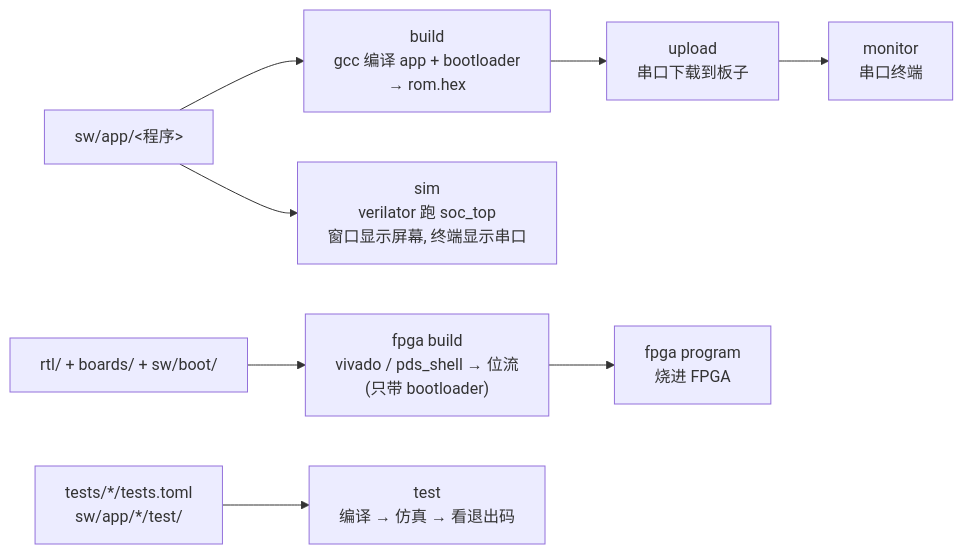
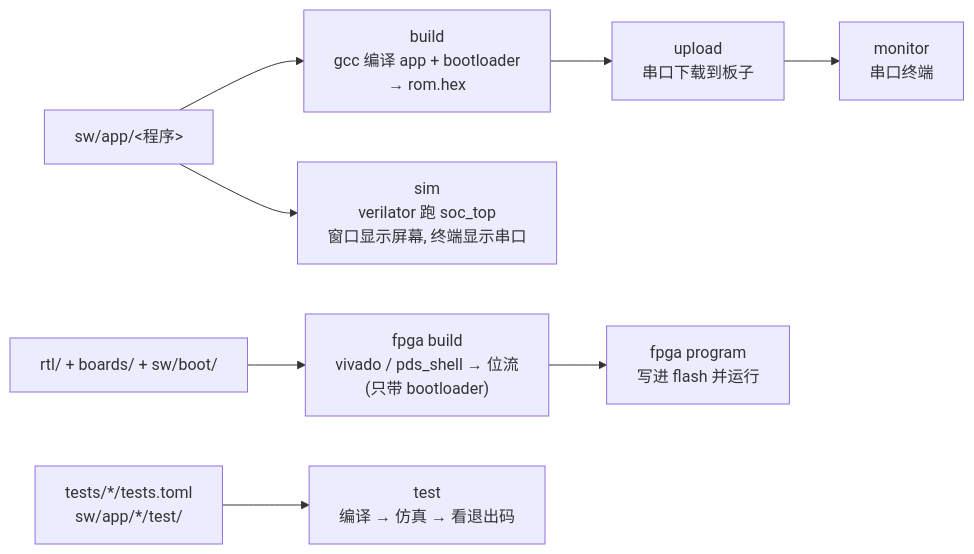
The diagram in tools/ama/README.md (Tamako0401/AMa-s-RISCV), drawn with Mermaid before and after one commit. The commit also changed other lines of this file and 13 other files, not shown here.

Commit message:
ama: fpga program 默认写进 flash 上电自动加载, --once 只下载一次; 盘古改用 cdt_cfg_shell 命令行下载; docs: 参考项目

````diff
--- a/tools/ama/README.md
+++ b/tools/ama/README.md
@@ -7,10 +7,10 @@
 ```mermaid
 flowchart LR
     APP["sw/app/&lt;程序&gt;"] --> BUILD["build<br/>gcc 编译 app + bootloader<br/>→ rom.hex"]
     BUILD --> UPLOAD["upload<br/>串口下载到板子"]
     UPLOAD --> MON["monitor<br/>串口终端"]
     RTL["rtl/ + boards/ + sw/boot/"] --> FPGA["fpga build<br/>vivado / pds_shell → 位流<br/>(只带 bootloader)"]
-    FPGA --> PROG["fpga program<br/>烧进 FPGA"]
+    FPGA --> PROG["fpga program<br/>写进 flash 并运行"]
     APP --> SIM["sim<br/>verilator 跑 soc_top<br/>窗口显示屏幕, 终端显示串口"]
     TOML["tests/*/tests.toml<br/>sw/app/*/test/"] --> TEST["test<br/>编译 → 仿真 → 看退出码"]
 ```
````
